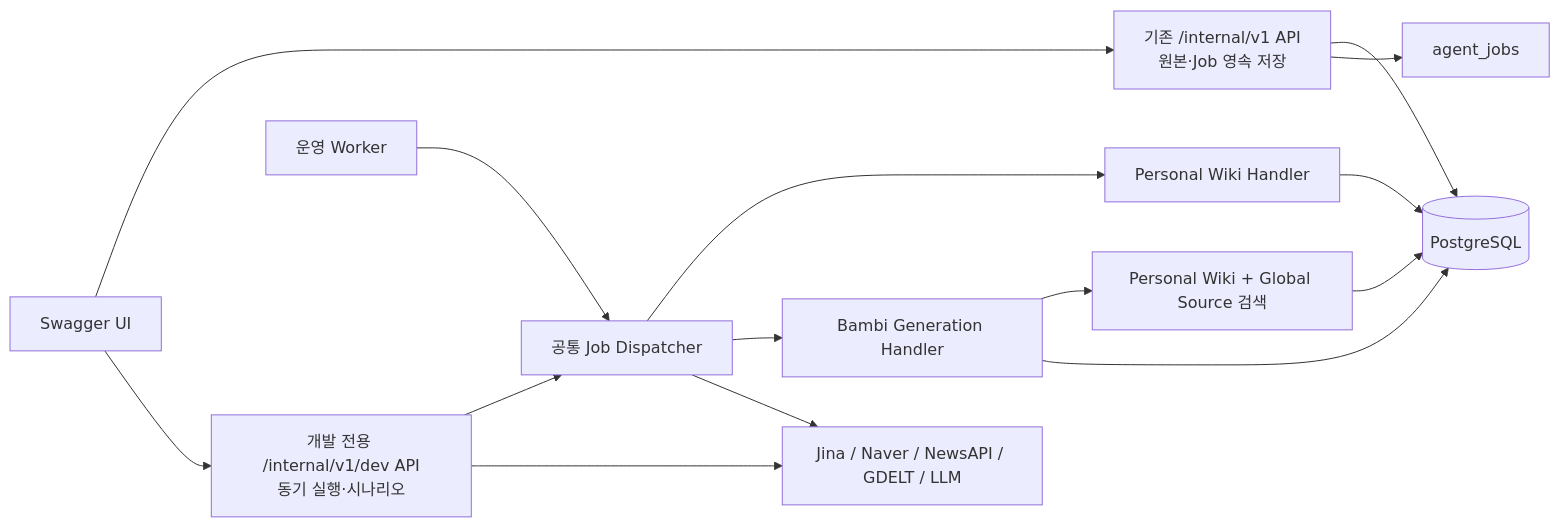
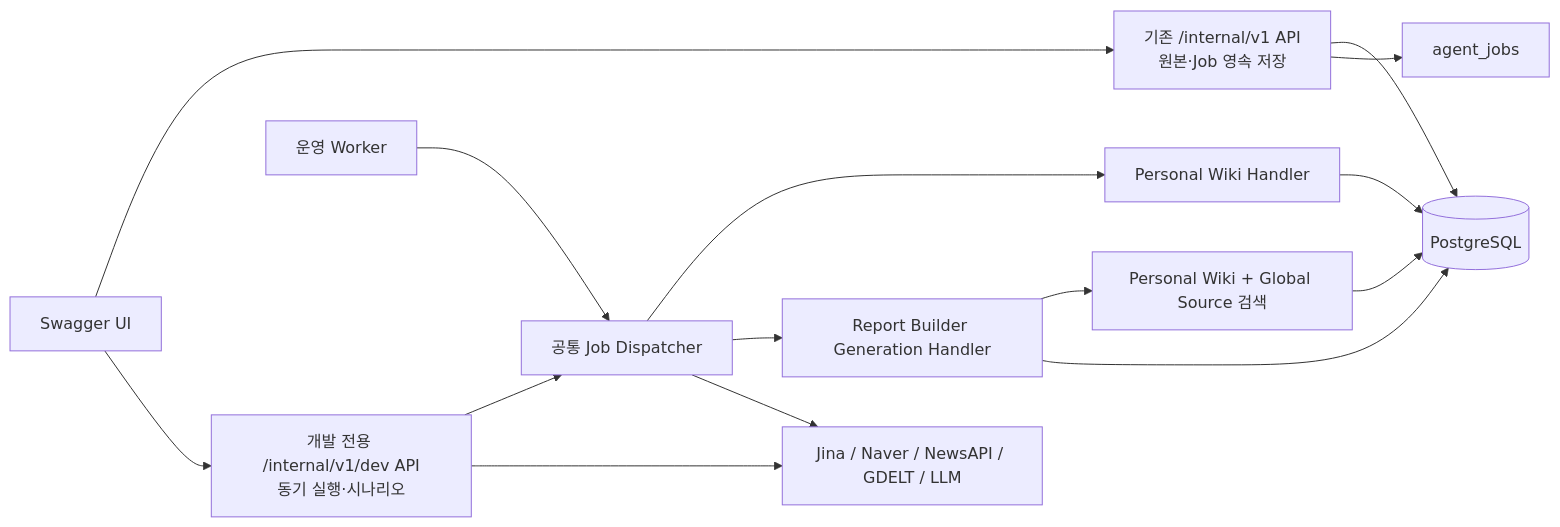
One commit to hk-toss-final-project/bambi-agent-api changed the first of 2 diagrams in docs/swagger-agent-development-test-plan.md. Above: the diagram before and after it, drawn with Mermaid. The commit also changed other lines of this file and 108 other files, not shown here.

````diff
--- a/docs/swagger-agent-development-test-plan.md
+++ b/docs/swagger-agent-development-test-plan.md
@@ -39,17 +39,17 @@
 ```mermaid
 flowchart LR
     SW["Swagger UI"] --> PROD["기존 /internal/v1 API\n원본·Job 영속 저장"]
     SW --> DEV["개발 전용 /internal/v1/dev API\n동기 실행·시나리오"]
     PROD --> DB[("PostgreSQL")]
     PROD --> JOB["agent_jobs"]
     DEV --> DISPATCH["공통 Job Dispatcher"]
     WORKER["운영 Worker"] --> DISPATCH
     DISPATCH --> WIKI["Personal Wiki Handler"]
-    DISPATCH --> BAMBI["Bambi Generation Handler"]
+    DISPATCH --> REPORT["Report Builder Generation Handler"]
     WIKI --> DB
-    BAMBI --> RAG["Personal Wiki + Global Source 검색"]
+    REPORT --> RAG["Personal Wiki + Global Source 검색"]
     RAG --> DB
-    BAMBI --> DB
+    REPORT --> DB
     DEV --> PROVIDERS["Jina / Naver / NewsAPI / GDELT / LLM"]
     DISPATCH --> PROVIDERS
 ```
````
